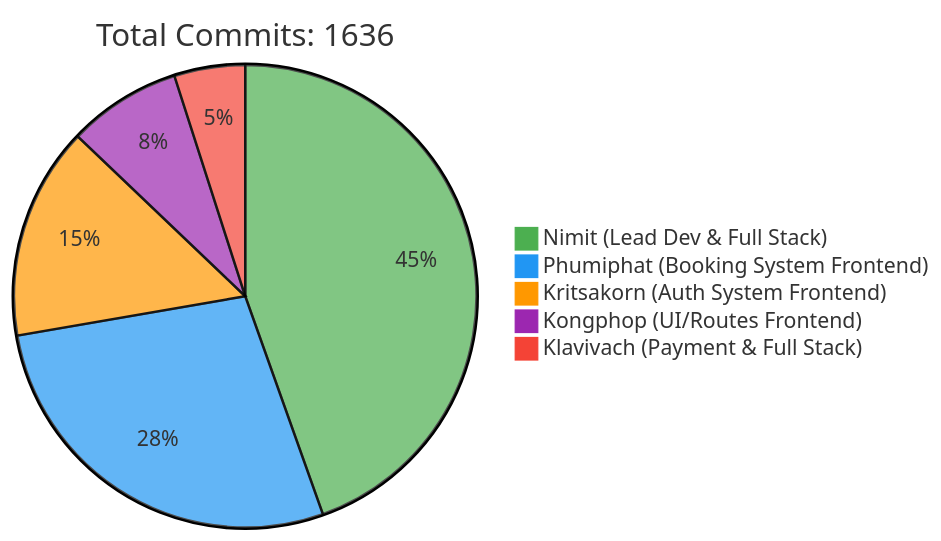
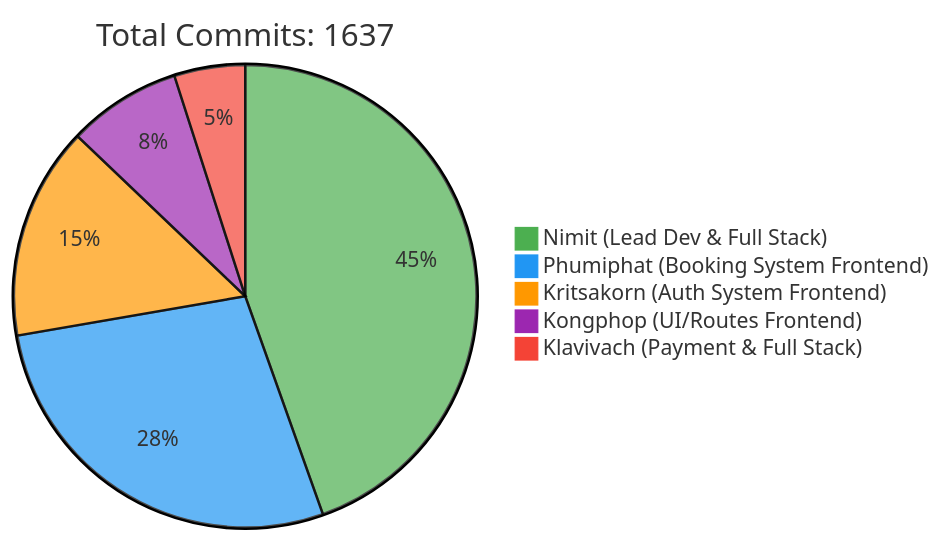
The first of 2 diagrams in README.md (6531503042/Sport-Complex), drawn with Mermaid before and after one commit. The commit also changed other lines of this file, not shown here.

Commit message:
docs: Update contributor statistics [skip ci]

````diff
--- a/README.md
+++ b/README.md
@@ -257,10 +257,10 @@
 ```mermaid
 %%{init: {'theme': 'base', 'themeVariables': { 'pie1': '#4CAF50', 'pie2': '#2196F3', 'pie3': '#FF9800', 'pie4': '#9C27B0', 'pie5': '#F44336'}}}%%
 pie
-    title Total Commits: 1636
+    title Total Commits: 1637
     "Nimit (Lead Dev & Full Stack)" : 450
     "Phumiphat (Booking System Frontend)" : 280
     "Kritsakorn (Auth System Frontend)" : 150
     "Kongphop (UI/Routes Frontend)" : 80
     "Klavivach (Payment & Full Stack)" : 50
 ```
````
